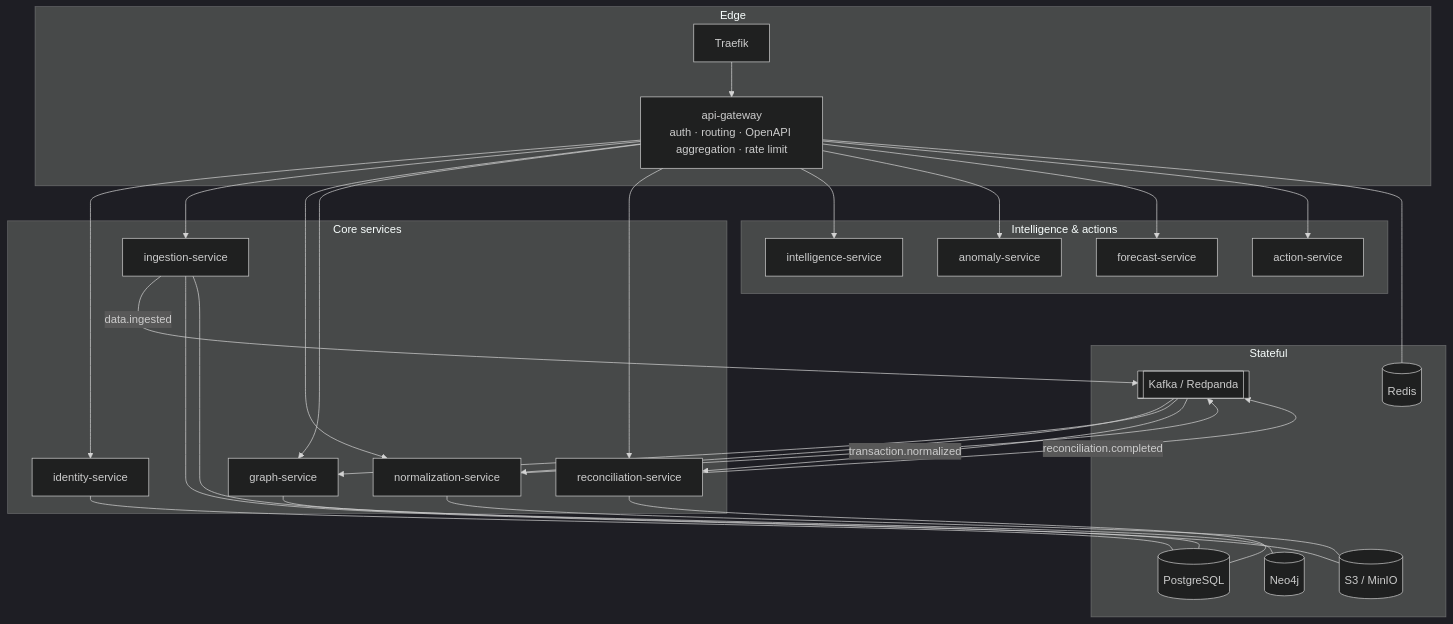
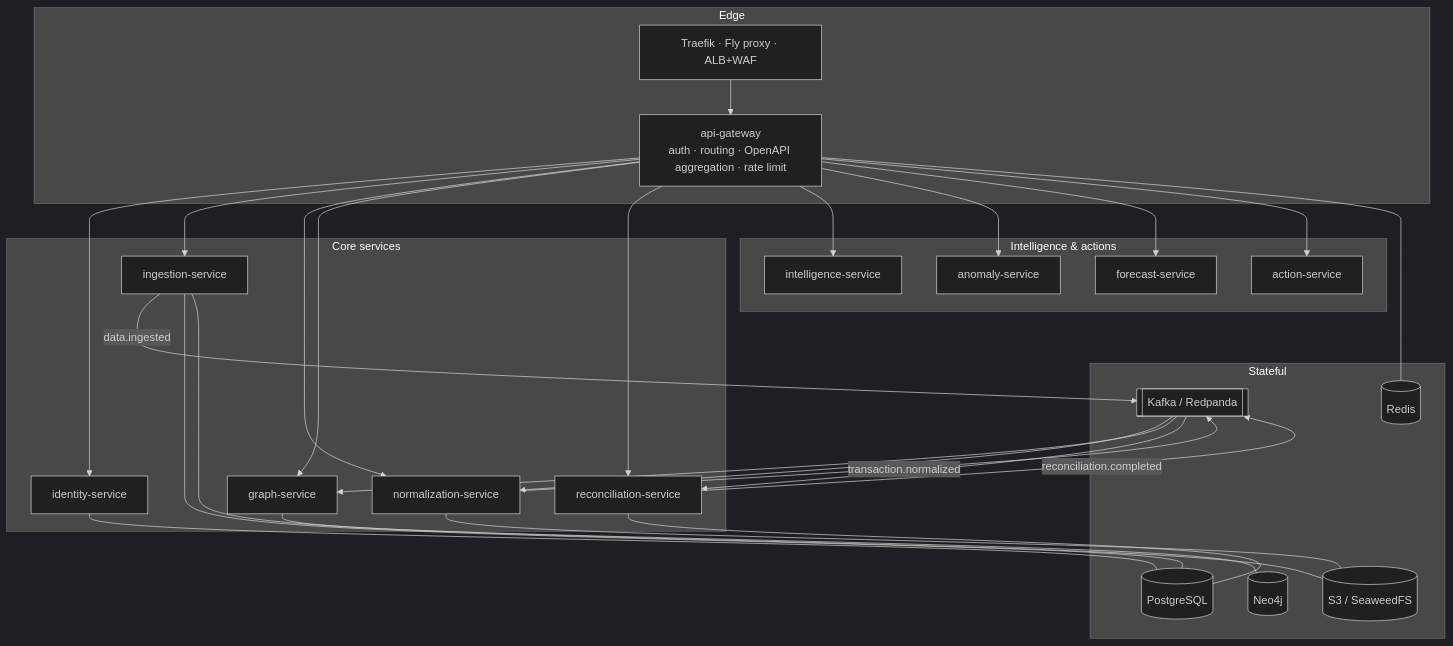
The second of 2 diagrams in ARCHITECTURE.md (manziosee/FinSight), drawn with Mermaid (dark theme) before and after one commit. The commit also changed other lines of this file and 13 other files, not shown here.

````diff
--- a/ARCHITECTURE.md
+++ b/ARCHITECTURE.md
@@ -24,42 +24,42 @@
 ```mermaid
 flowchart TB
   subgraph edge[Edge]
-    TR[Traefik]
+    TR[Traefik · Fly proxy · ALB+WAF]
     GW[api-gateway<br/>auth · routing · OpenAPI aggregation · rate limit]
   end
   subgraph core[Core services]
     ID[identity-service]
     IN[ingestion-service]
     NO[normalization-service]
     GR[graph-service]
     RE[reconciliation-service]
   end
   subgraph ext[Intelligence & actions]
     IT[intelligence-service]
     AN[anomaly-service]
     FC[forecast-service]
     AC[action-service]
   end
   subgraph data[Stateful]
     PG[(PostgreSQL)]
     NEO[(Neo4j)]
     RD[(Redis)]
-    S3[(S3 / MinIO)]
+    S3[(S3 / SeaweedFS)]
     K[[Kafka / Redpanda]]
   end
 
   TR --> GW
   GW --> ID & IN & NO & GR & RE & IT & AN & FC & AC
   IN -- data.ingested --> K
   K --> NO
   NO -- transaction.normalized --> K
   K --> GR
   K --> RE
   RE -- reconciliation.completed --> K
   ID --- PG
   IN --- PG & S3
   NO --- S3
   RE --- PG
   GR --- NEO
   GW --- RD
 ```
````
